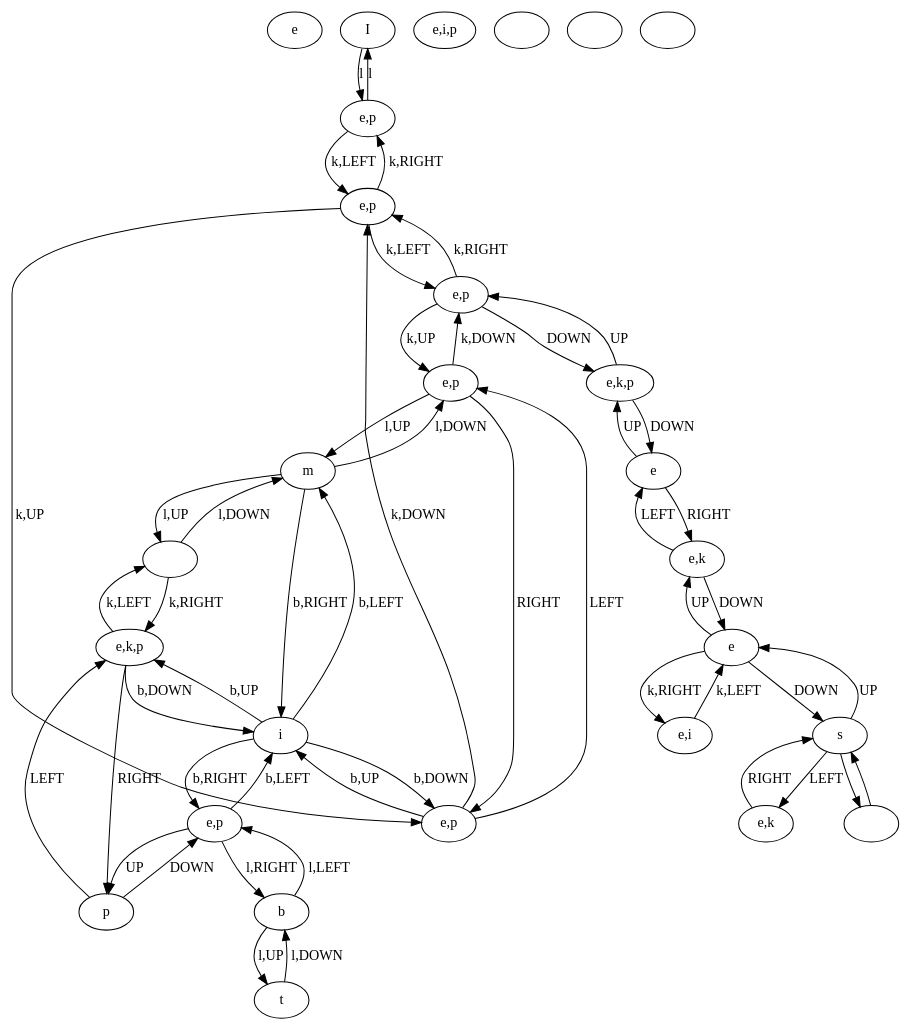
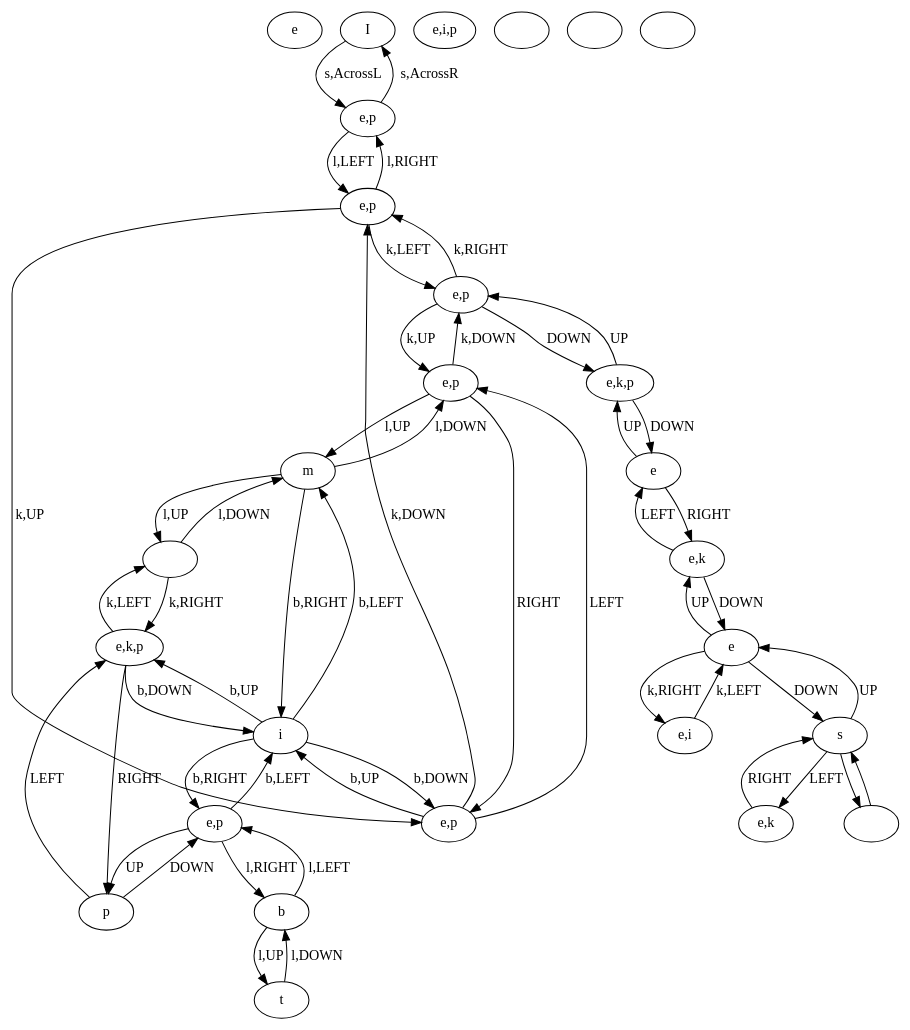
One commit to schrum2/MM-NEAT changed the diagram in data/VGLC/Zelda/Graph Processed/tloz4_1_flip.dot. Above: the diagram before and after it, drawn with Graphviz. The commit also changed 2 other files, not shown here.

```diff
--- a/data/VGLC/Zelda/Graph Processed/tloz4_1_flip.dot
+++ b/data/VGLC/Zelda/Graph Processed/tloz4_1_flip.dot
@@ -1,79 +1,79 @@
 digraph {
 0 [label="e"]
 1 [label="I"]
 2 [label="e,i,p"]
 3 [label=""]
 4 [label=""]
 5 [label=""]
 6 [label="p"]
 7 [label="t"]
 8 [label=""]
 9 [label=""]
 10 [label="e,k"]
 11 [label="s"]
 12 [label="e,i"]
 13 [label="e"]
 14 [label="e"]
 15 [label="e,k"]
 16 [label="e,p"]
 17 [label="e,k,p"]
 18 [label="e,p"]
 19 [label="e,p"]
 20 [label="e,p"]
 21 [label="e,p"]
 22 [label="e,p"]
 23 [label="b"]
 24 [label="m"]
 25 [label="i"]
 26 [label="e,k,p"]
 9 -> 11 [label=""]
 11 -> 9 [label=""]
 11 -> 10 [label="LEFT"]
 10 -> 11 [label="RIGHT"]
 11 -> 13 [label="UP"]
 13 -> 11 [label="DOWN"]
 13 -> 15 [label="UP"]
 15 -> 13 [label="DOWN"]
 15 -> 14 [label="LEFT"]
 14 -> 15 [label="RIGHT"]
 14 -> 17 [label="UP"]
 17 -> 14 [label="DOWN"]
 17 -> 16 [label="UP"]
 16 -> 17 [label="DOWN"]
-18 -> 1 [label="l"]
-1 -> 18 [label="l"]
+18 -> 1 [label="s,AcrossR"]
+1 -> 18 [label="s,AcrossL"]
 20 -> 21 [label="RIGHT"]
 21 -> 20 [label="LEFT"]
 22 -> 6 [label="UP"]
 6 -> 22 [label="DOWN"]
 6 -> 26 [label="LEFT"]
 26 -> 6 [label="RIGHT"]
 24 -> 25 [label="b,RIGHT"]
 25 -> 24 [label="b,LEFT"]
 25 -> 22 [label="b,RIGHT"]
 22 -> 25 [label="b,LEFT"]
 25 -> 21 [label="b,DOWN"]
 21 -> 25 [label="b,UP"]
 25 -> 26 [label="b,UP"]
 26 -> 25 [label="b,DOWN"]
 13 -> 12 [label="k,RIGHT"]
 12 -> 13 [label="k,LEFT"]
 16 -> 19 [label="k,RIGHT"]
 19 -> 16 [label="k,LEFT"]
 16 -> 20 [label="k,UP"]
 20 -> 16 [label="k,DOWN"]
 19 -> 21 [label="k,UP"]
 21 -> 19 [label="k,DOWN"]
-19 -> 18 [label="k,RIGHT"]
-18 -> 19 [label="k,LEFT"]
+19 -> 18 [label="l,RIGHT"]
+18 -> 19 [label="l,LEFT"]
 22 -> 23 [label="l,RIGHT"]
 23 -> 22 [label="l,LEFT"]
 23 -> 7 [label="l,UP"]
 7 -> 23 [label="l,DOWN"]
 24 -> 4 [label="l,UP"]
 4 -> 24 [label="l,DOWN"]
 24 -> 20 [label="l,DOWN"]
 20 -> 24 [label="l,UP"]
 4 -> 26 [label="k,RIGHT"]
 26 -> 4 [label="k,LEFT"]
 }
```
